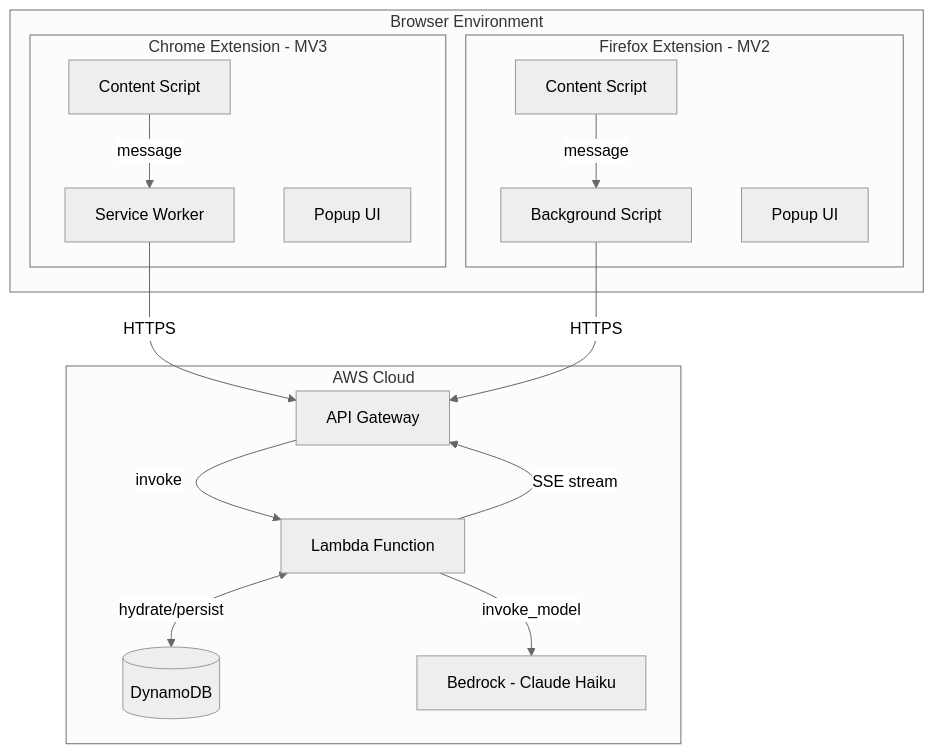
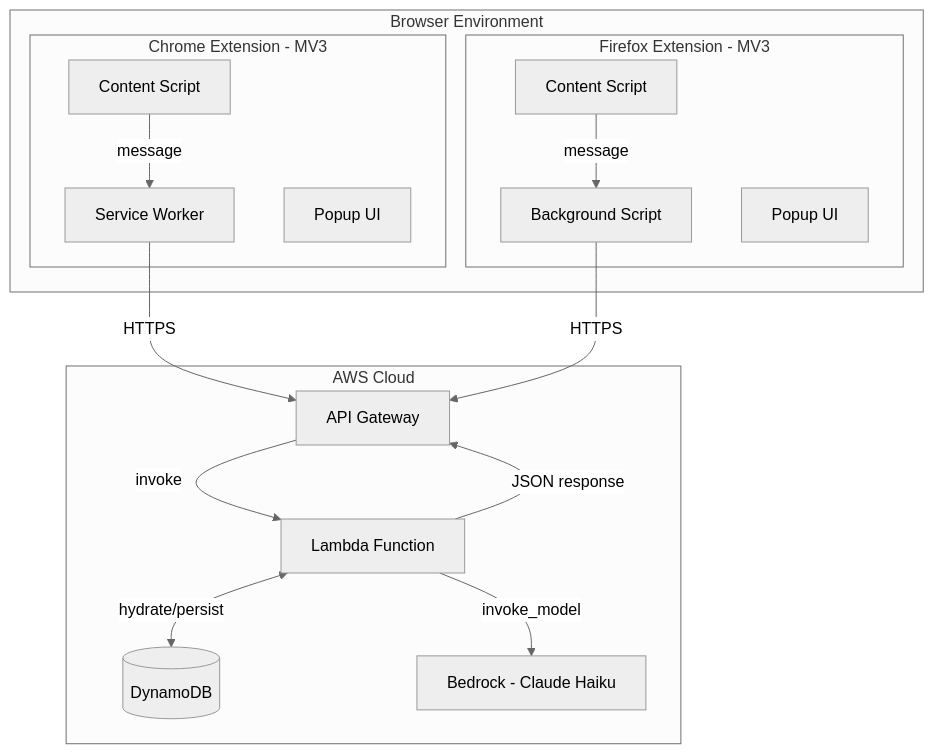
One commit to martymcenroe/Aletheia changed the diagram in docs/0001b-container-view.md. Above: the diagram before and after it, drawn with Mermaid (neutral theme). The commit also changed other lines of this file and 21 other files, not shown here.

````diff
--- a/docs/0001b-container-view.md
+++ b/docs/0001b-container-view.md
@@ -5,31 +5,31 @@
 ```mermaid
 graph TB
     subgraph Browser [Browser Environment]
         subgraph ExtChrome [Chrome Extension - MV3]
             CS_C[Content Script]
             SW_C[Service Worker]
             Popup_C[Popup UI]
         end
-        subgraph ExtFirefox [Firefox Extension - MV2]
+        subgraph ExtFirefox [Firefox Extension - MV3]
             CS_F[Content Script]
             BG_F[Background Script]
             Popup_F[Popup UI]
         end
     end
 
     subgraph AWS [AWS Cloud]
         APIGW[API Gateway]
         Lambda[Lambda Function]
         DDB[(DynamoDB)]
         Bedrock[Bedrock - Claude Haiku]
     end
 
     CS_C -->|message| SW_C
     CS_F -->|message| BG_F
     SW_C -->|HTTPS| APIGW
     BG_F -->|HTTPS| APIGW
     APIGW -->|invoke| Lambda
     Lambda <-->|hydrate/persist| DDB
     Lambda -->|invoke_model| Bedrock
-    Lambda -->|SSE stream| APIGW
+    Lambda -->|JSON response| APIGW
 ```
````
